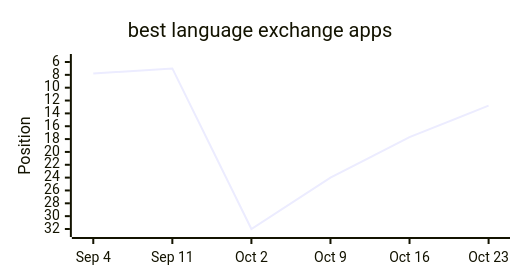
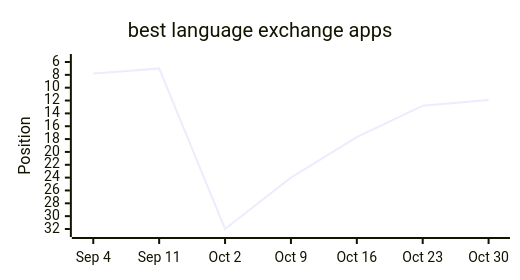
One commit to langx/website changed the eighth of 13 diagrams in latest.md. Above: the diagram before and after it, drawn with Mermaid. The commit also changed other lines of this file and 2 other files, not shown here.

````diff
--- a/latest.md
+++ b/latest.md
@@ -122,13 +122,13 @@
 ```mermaid
 ---
 config:
   xyChart:
     width: 500
     height: 260
 ---
 xychart-beta
   title "best language exchange apps"
-  x-axis ["Sep 4", "Sep 11", "Oct 2", "Oct 9", "Oct 16", "Oct 23"]
+  x-axis ["Sep 4", "Sep 11", "Oct 2", "Oct 9", "Oct 16", "Oct 23", "Oct 30"]
   y-axis "Position" 32 --> 6
-  line [7.8, 7, 32, 24, 17.7, 12.8]
+  line [7.8, 7, 32, 24, 17.7, 12.8, 11.9]
 ```
````
